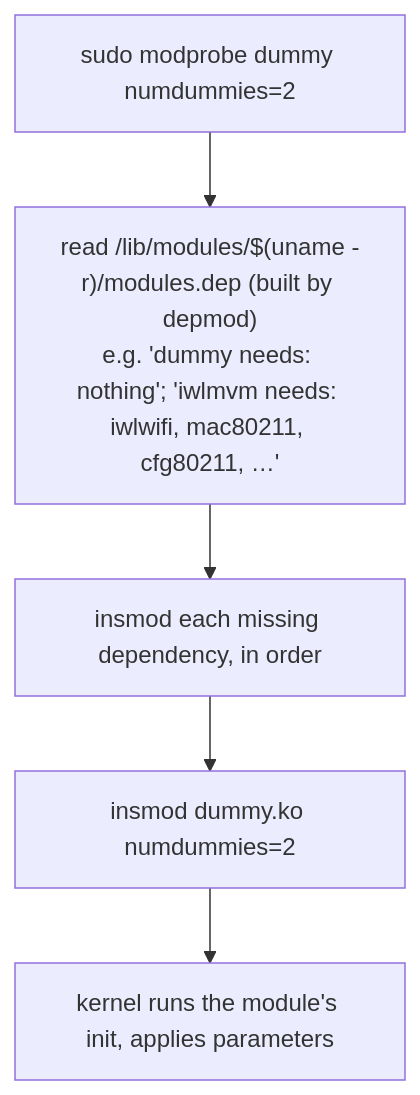
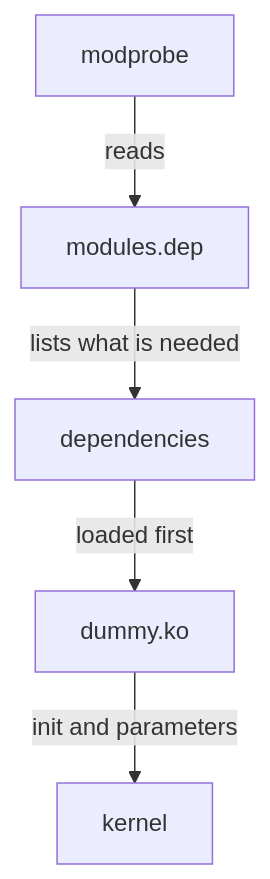
The diagram in sections/section-010/module-03/course-02-loading-modprobe-and-dependencies.md (astrona-io/ATS002), drawn with Mermaid before and after one commit. The commit also changed other lines of this file and 615 other files, not shown here.

````diff
--- a/sections/section-010/module-03/course-02-loading-modprobe-and-dependencies.md
+++ b/sections/section-010/module-03/course-02-loading-modprobe-and-dependencies.md
@@ -20,7 +32,7 @@
 ```mermaid
-flowchart TD
-    M["sudo modprobe dummy numdummies=2"] --> DEP["read /lib/modules/$(uname -r)/modules.dep (built by depmod)<br/>e.g. 'dummy needs: nothing'; 'iwlmvm needs: iwlwifi, mac80211, cfg80211, …'"]
-    DEP --> I1["insmod each missing dependency, in order"]
-    I1 --> I2["insmod dummy.ko numdummies=2"]
-    I2 --> INIT["kernel runs the module's init, applies parameters"]
+flowchart TB
+    M["modprobe"] -->|"reads"| DEP["modules.dep"]
+    DEP -->|"lists what is needed"| D["dependencies"]
+    D -->|"loaded first"| T["dummy.ko"]
+    T -->|"init and parameters"| K["kernel"]
 ```
````
